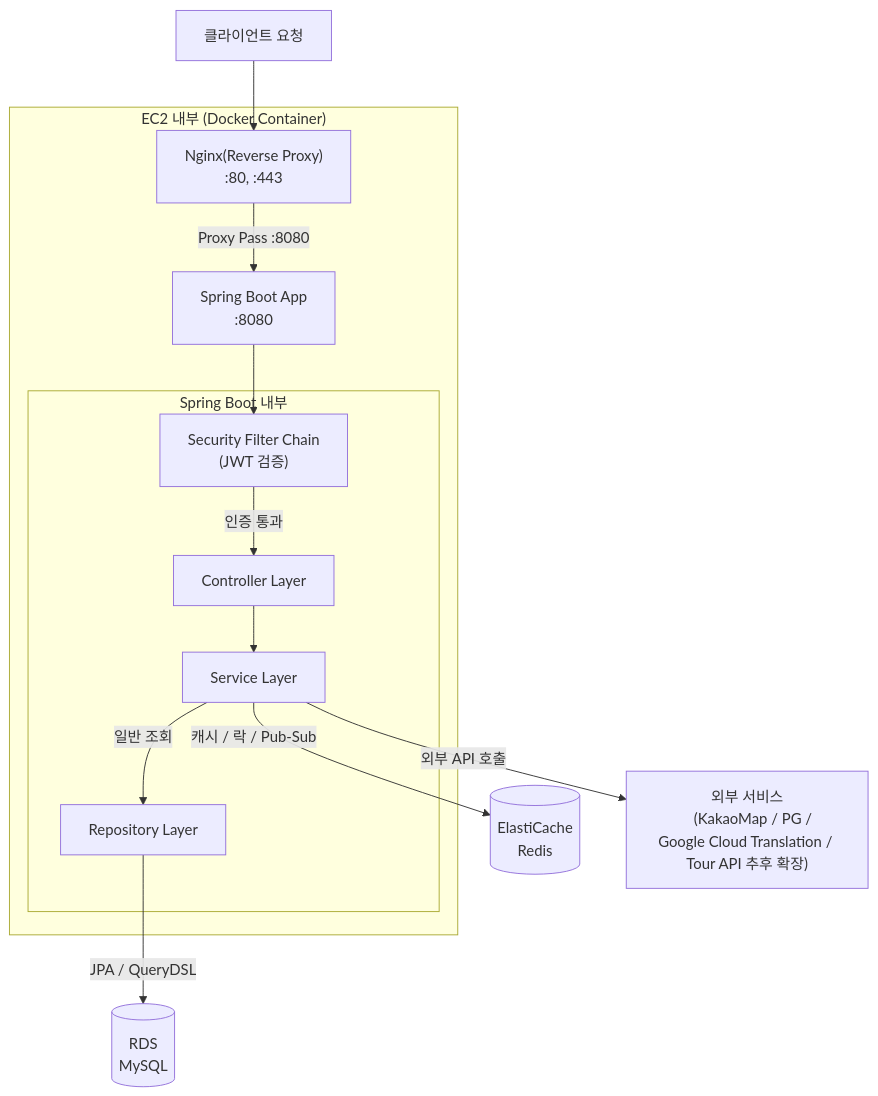
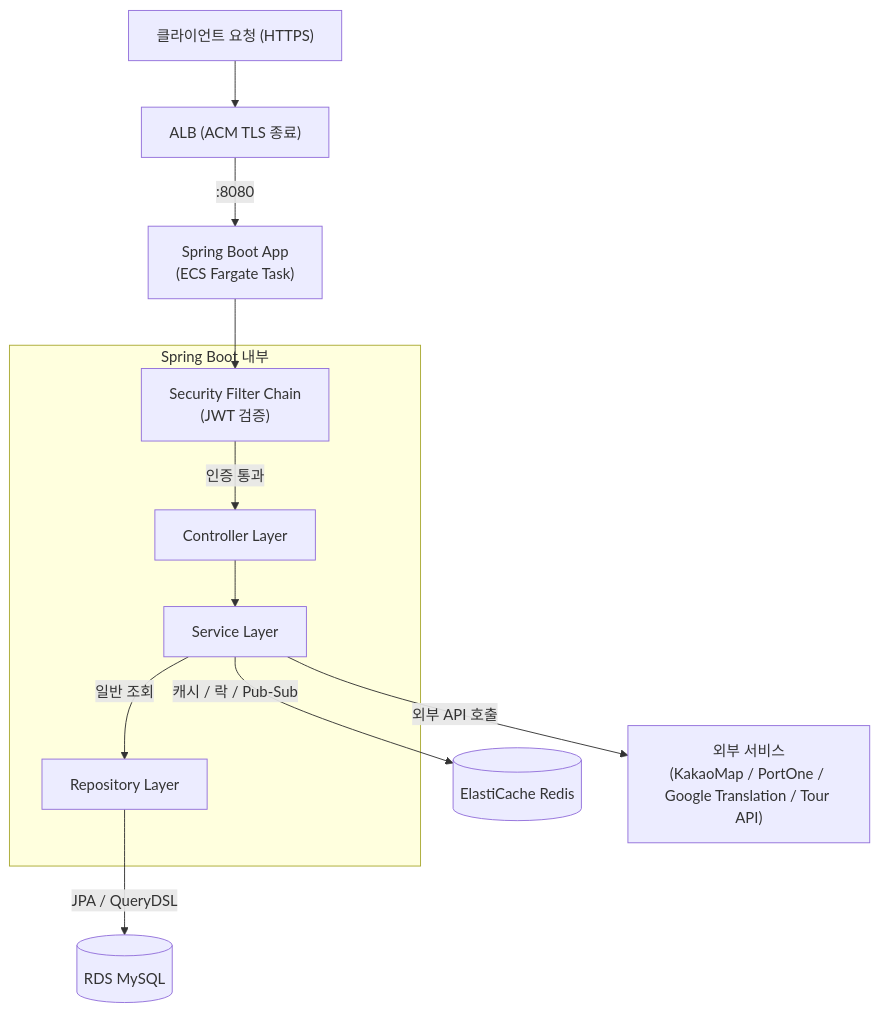
Before and after one commit to chunbae-tour/docs: the fifth of 6 diagrams in v2/07_인프라_아키텍처_다이어그램.md, drawn with Mermaid. The commit also changed other lines of this file, not shown here.

````diff
--- a/v2/07_인프라_아키텍처_다이어그램.md
+++ b/v2/07_인프라_아키텍처_다이어그램.md
@@ -265,32 +250,20 @@
 ```mermaid
 graph TD
-    subgraph EC2_INTERNAL["EC2 내부 (Docker Container)"]
-        NGINX["Nginx(Reverse Proxy)
-        :80, :443"]
-        APP["Spring Boot App
-        :8080"]
+    REQUEST["클라이언트 요청 (HTTPS)"] --> ALB["ALB (ACM TLS 종료)"]
+    ALB -->|":8080"| APP["Spring Boot App<br/>(ECS Fargate Task)"]
 
-        subgraph SPRING["Spring Boot 내부"]
-            FILTER["Security Filter Chain
-            (JWT 검증)"]
-            CONTROLLER["Controller Layer"]
-            SERVICE["Service Layer"]
-            REPO["Repository Layer"]
-        end
+    subgraph SPRING["Spring Boot 내부"]
+        FILTER["Security Filter Chain<br/>(JWT 검증)"]
+        CONTROLLER["Controller Layer"]
+        SERVICE["Service Layer"]
+        REPO["Repository Layer"]
     end
 
-    REQUEST["클라이언트 요청"] --> NGINX
-    NGINX -->|"Proxy Pass :8080"| APP
     APP --> FILTER
     FILTER -->|"인증 통과"| CONTROLLER
     CONTROLLER --> SERVICE
-
     SERVICE -->|"일반 조회"| REPO
-    SERVICE -->|"캐시 / 락 / Pub-Sub"| REDIS_EXT[("ElastiCache
-    Redis")]
-    REPO -->|"JPA / QueryDSL"| RDS_EXT[("RDS
-    MySQL")]
-
-    SERVICE -->|"외부 API 호출"| EXT["외부 서비스
-    (KakaoMap / PG / Google Cloud Translation / Tour API 추후 확장)"]
+    SERVICE -->|"캐시 / 락 / Pub-Sub"| REDIS_EXT[("ElastiCache Redis")]
+    REPO -->|"JPA / QueryDSL"| RDS_EXT[("RDS MySQL")]
+    SERVICE -->|"외부 API 호출"| EXT["외부 서비스<br/>(KakaoMap / PortOne / Google Translation / Tour API)"]
 ```
````
